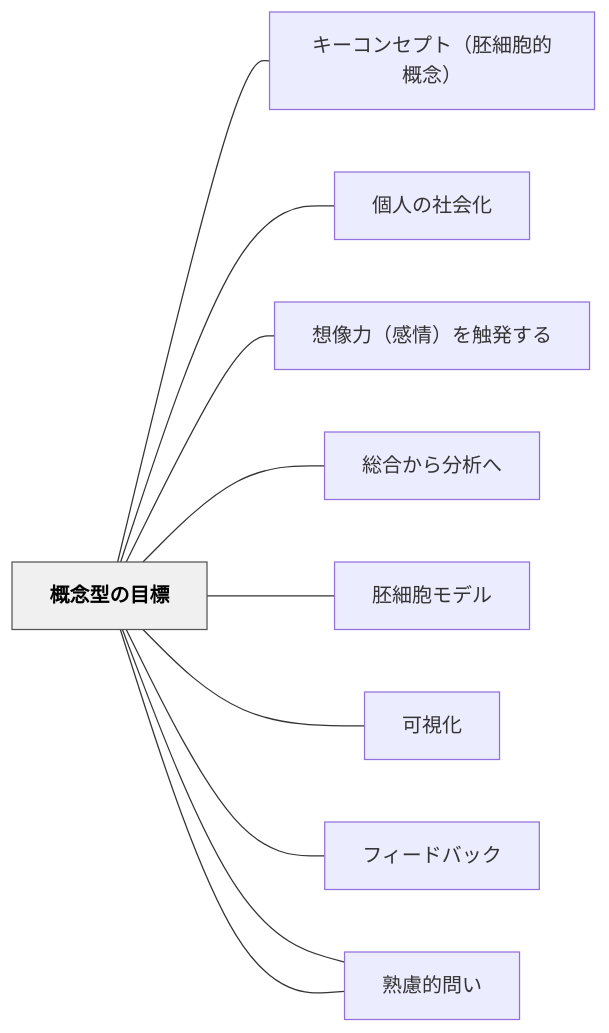
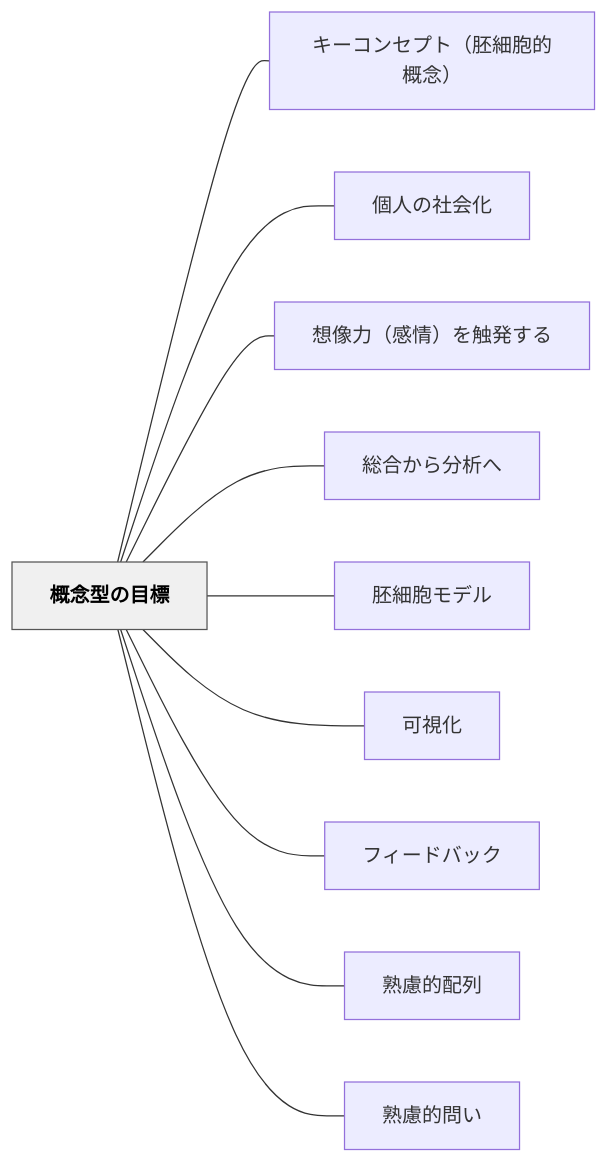
One commit to unknownthings-ed-patterns/unknownthings-ed-patterns changed the diagram in content/パタン/概念型の目標.md. Above: the diagram before and after it, drawn with Mermaid. The commit also changed 527 other files, not shown here.

````diff
--- a/content/パタン/概念型の目標.md
+++ b/content/パタン/概念型の目標.md
@@ -151,26 +151,26 @@
 ```mermaid
 flowchart LR
-    ne6a682e5bfb5["概念型の目標"]
-    ne382ade383bc["キーコンセプト（胚細胞的概念）"]
-    ne5808be4baba["個人の社会化"]
-    ne683b3e5838f["想像力（感情）を触発する"]
-    ne7b78fe59088["総合から分析へ"]
-    ne8839ae7b4b0["胚細胞モデル"]
-    ne58fafe8a696["可視化"]
-    ne38395e382a3["フィードバック"]
-    ne7869fe685ae["熟慮的配列"]
-    ne7869fe685ae["熟慮的問い"]
+    ne6a682e5bfb5e59e8be381aee79baee6a899["概念型の目標"]
+    ne382ade383bce382b3e383b3e382bbe38397e38388efbc88e8839ae7b4b0e8839ee79a84e6a682e5bfb5efbc89["キーコンセプト（胚細胞的概念）"]
+    ne5808be4babae381aee7a4bee4bc9ae58c96["個人の社会化"]
+    ne683b3e5838fe58a9befbc88e6849fe68385efbc89e38292e8a7a6e799bae38199e3828b["想像力（感情）を触発する"]
+    ne7b78fe59088e3818be38289e58886e69e90e381b8["総合から分析へ"]
+    ne8839ae7b4b0e8839ee383a2e38387e383ab["胚細胞モデル"]
+    ne58fafe8a696e58c96["可視化"]
+    ne38395e382a3e383bce38389e38390e38383e382af["フィードバック"]
+    ne7869fe685aee79a84e9858de58897["熟慮的配列"]
+    ne7869fe685aee79a84e5958fe38184["熟慮的問い"]
 
-    ne6a682e5bfb5 --- ne382ade383bc
-    ne6a682e5bfb5 --- ne5808be4baba
-    ne6a682e5bfb5 --- ne683b3e5838f
-    ne6a682e5bfb5 --- ne7b78fe59088
-    ne6a682e5bfb5 --- ne8839ae7b4b0
-    ne6a682e5bfb5 --- ne58fafe8a696
-    ne6a682e5bfb5 --- ne38395e382a3
-    ne6a682e5bfb5 --- ne7869fe685ae
-    ne6a682e5bfb5 --- ne7869fe685ae
+    ne6a682e5bfb5e59e8be381aee79baee6a899 --- ne382ade383bce382b3e383b3e382bbe38397e38388efbc88e8839ae7b4b0e8839ee79a84e6a682e5bfb5efbc89
+    ne6a682e5bfb5e59e8be381aee79baee6a899 --- ne5808be4babae381aee7a4bee4bc9ae58c96
+    ne6a682e5bfb5e59e8be381aee79baee6a899 --- ne683b3e5838fe58a9befbc88e6849fe68385efbc89e38292e8a7a6e799bae38199e3828b
+    ne6a682e5bfb5e59e8be381aee79baee6a899 --- ne7b78fe59088e3818be38289e58886e69e90e381b8
+    ne6a682e5bfb5e59e8be381aee79baee6a899 --- ne8839ae7b4b0e8839ee383a2e38387e383ab
+    ne6a682e5bfb5e59e8be381aee79baee6a899 --- ne58fafe8a696e58c96
+    ne6a682e5bfb5e59e8be381aee79baee6a899 --- ne38395e382a3e383bce38389e38390e38383e382af
+    ne6a682e5bfb5e59e8be381aee79baee6a899 --- ne7869fe685aee79a84e9858de58897
+    ne6a682e5bfb5e59e8be381aee79baee6a899 --- ne7869fe685aee79a84e5958fe38184
 
     classDef hub fill:#f0f0f0,stroke:#555,color:#000,font-weight:bold
-    class ne6a682e5bfb5 hub
+    class ne6a682e5bfb5e59e8be381aee79baee6a899 hub
 ```
````
